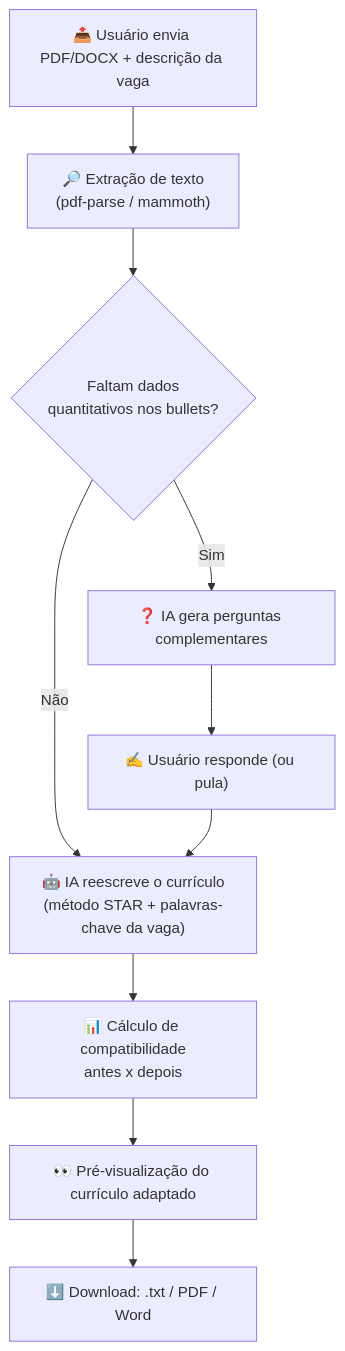
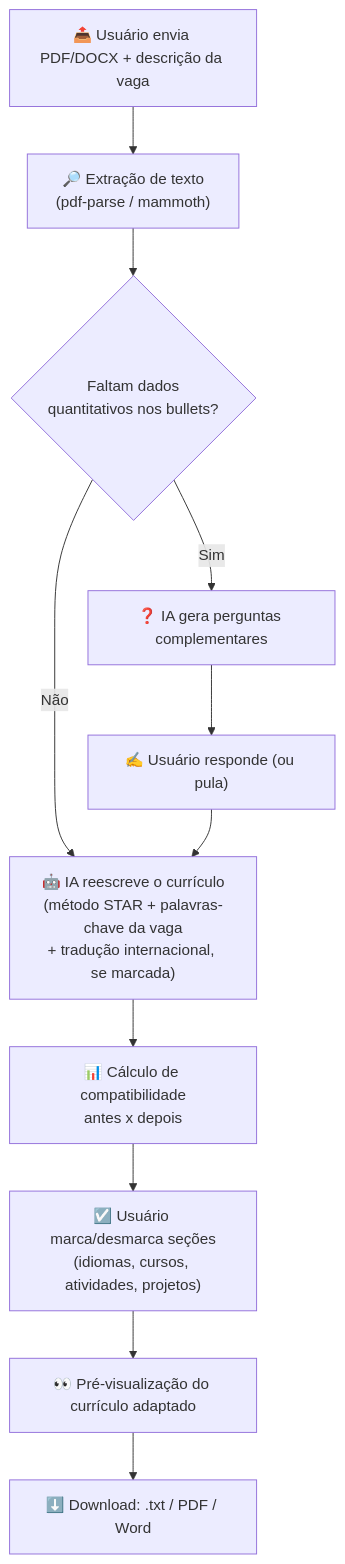
Before and after one commit to BeatrizS97/ATSAdapta: the first of 2 diagrams in README.md, drawn with Mermaid. The commit also changed other lines of this file, not shown here.

First line of the commit message:
docs: atualiza README com motivação do projeto e nova funcionalidade de seleção de seções

````diff
--- a/README.md
+++ b/README.md
@@ -98,12 +119,13 @@
 ```mermaid
 flowchart TD
     A["📤 Usuário envia PDF/DOCX + descrição da vaga"] --> B["🔎 Extração de texto\n(pdf-parse / mammoth)"]
     B --> C{"Faltam dados\nquantitativos nos bullets?"}
     C -- Sim --> D["❓ IA gera perguntas complementares"]
     D --> E["✍️ Usuário responde (ou pula)"]
     C -- Não --> F
-    E --> F["🤖 IA reescreve o currículo\n(método STAR + palavras-chave da vaga)"]
+    E --> F["🤖 IA reescreve o currículo\n(método STAR + palavras-chave da vaga\n+ tradução internacional, se marcada)"]
     F --> G["📊 Cálculo de compatibilidade\nantes x depois"]
-    G --> H["👀 Pré-visualização do currículo adaptado"]
-    H --> I["⬇️ Download: .txt / PDF / Word"]
+    G --> H["☑️ Usuário marca/desmarca seções\n(idiomas, cursos, atividades, projetos)"]
+    H --> I["👀 Pré-visualização do currículo adaptado"]
+    I --> J["⬇️ Download: .txt / PDF / Word"]
 ```
````
